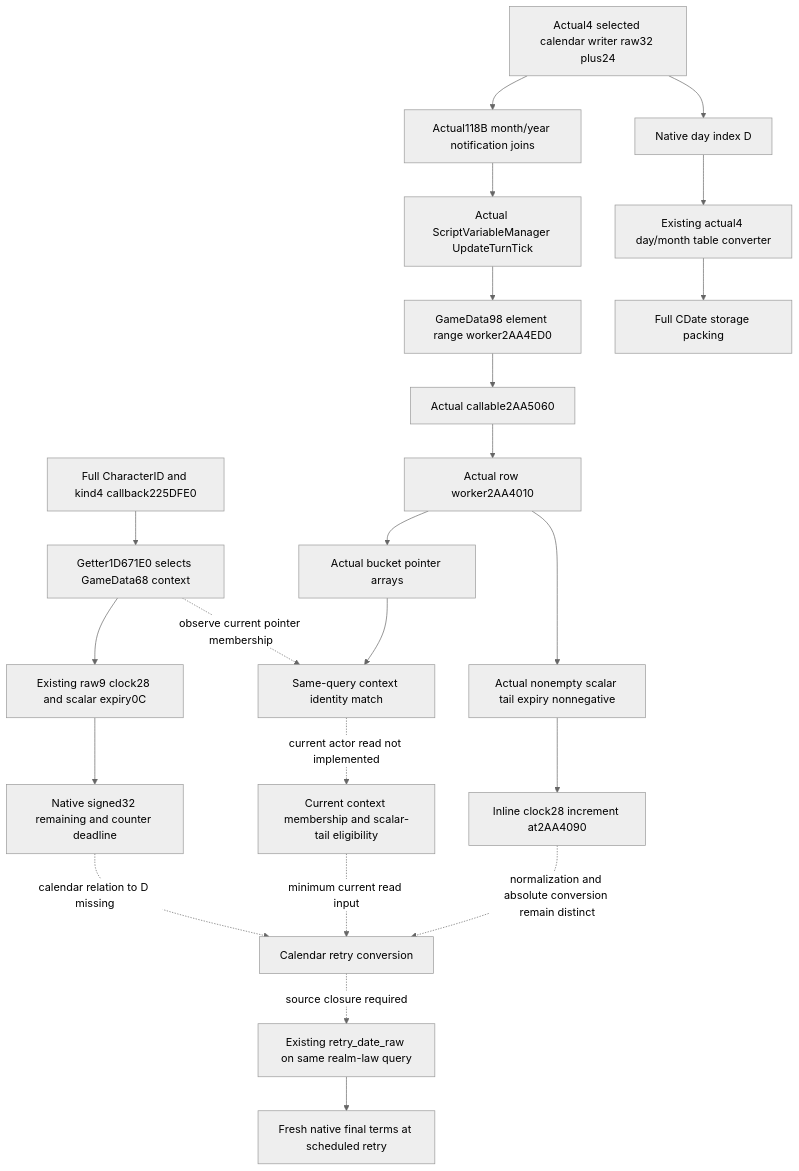
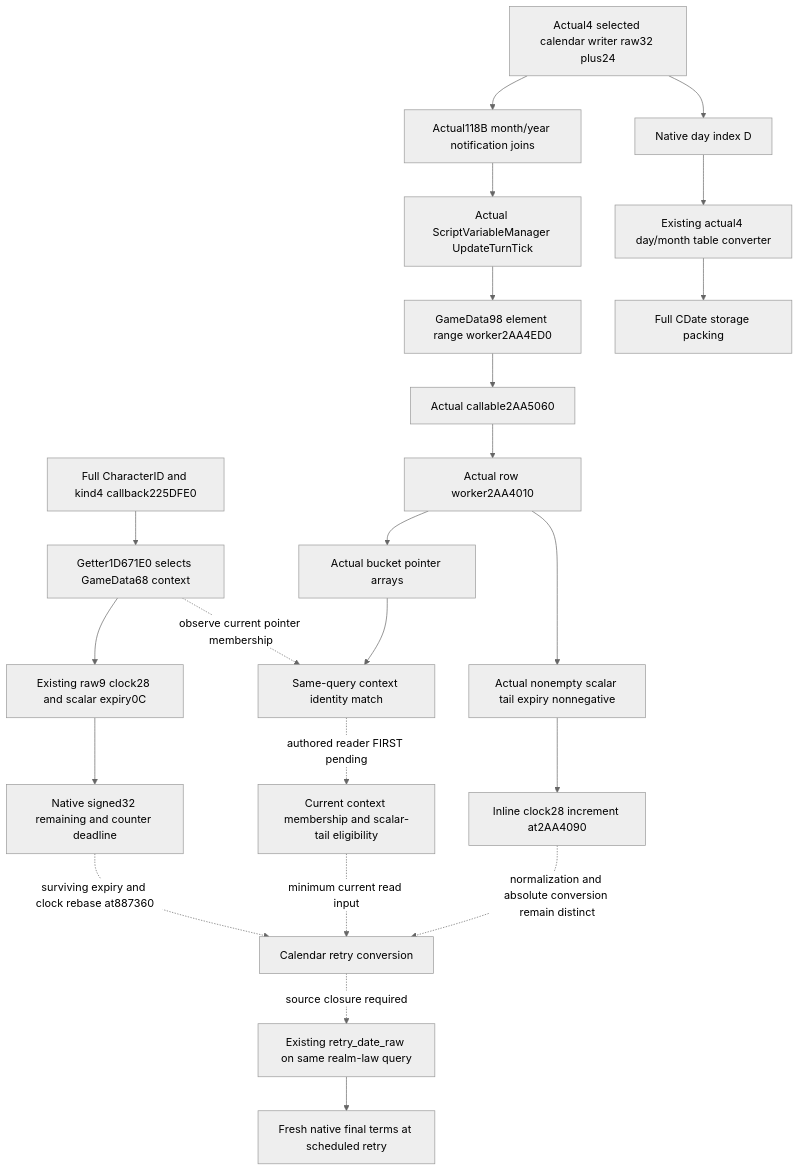
The diagram in docs/ck3-native-ai/m7-character-clock-calendar-deadline-12004.md (XenoAmess/ck3_eternal_recurrence), drawn with Mermaid (neutral theme) before and after one commit. The commit also changed other lines of this file and 7 other files, not shown here.

````diff
--- a/docs/ck3-native-ai/m7-character-clock-calendar-deadline-12004.md
+++ b/docs/ck3-native-ai/m7-character-clock-calendar-deadline-12004.md
@@ -43,25 +43,25 @@
 ```mermaid
 flowchart TD
   C[Full CharacterID and kind4 callback225DFE0] --> G[Getter1D671E0 selects GameData68 context]
   G --> R[Existing raw9 clock28 and scalar expiry0C]
   R --> N[Native signed32 remaining and counter deadline]
   G -. observe current pointer membership .-> M[Same-query context identity match]
   TM[Actual ScriptVariableManager UpdateTurnTick] --> E[GameData98 element range worker2AA4ED0]
   E --> CB[Actual callable2AA5060]
   CB --> CW[Actual row worker2AA4010]
   CW --> U[Actual nonempty scalar tail expiry nonnegative]
   U --> INC[Inline clock28 increment at2AA4090]
   CW --> B[Actual bucket pointer arrays]
   B --> M
-  M -. current actor read not implemented .-> EL[Current context membership and scalar-tail eligibility]
+  M -. authored reader FIRST pending .-> EL[Current context membership and scalar-tail eligibility]
   D[Actual4 selected calendar writer raw32 plus24] --> I[Native day index D]
   I --> K[Existing actual4 day/month table converter]
   K --> F[Full CDate storage packing]
   D --> O[Actual118B month/year notification joins]
   O --> TM
-  N -. calendar relation to D missing .-> X[Calendar retry conversion]
+  N -. surviving expiry and clock rebase at887360 .-> X[Calendar retry conversion]
   EL -. minimum current read input .-> X
   INC -. normalization and absolute conversion remain distinct .-> X
   X -. source closure required .-> Q[Existing retry_date_raw on same realm-law query]
   Q --> T[Fresh native final terms at scheduled retry]
 ```
````
